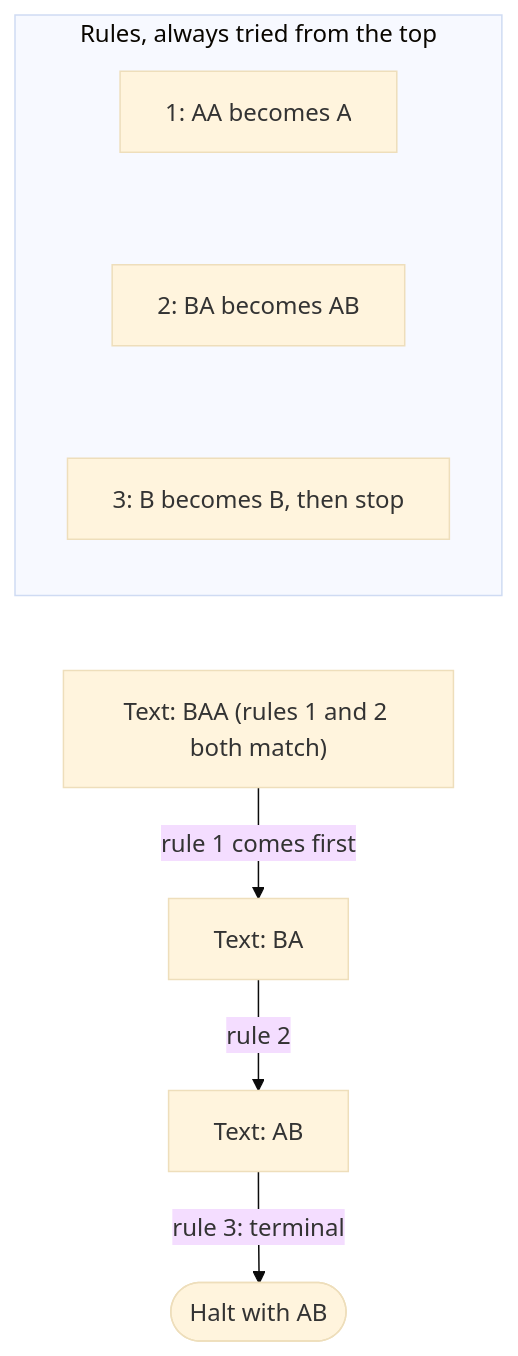
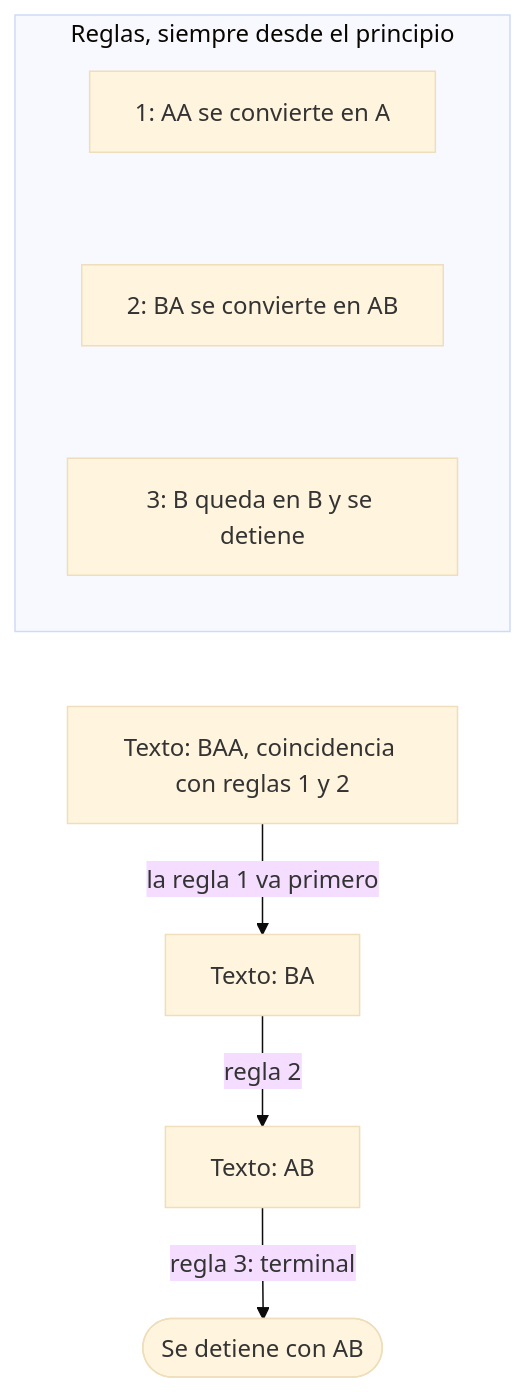
Before and after one commit to dullroar/aprende-a-programar-como-un-bicho-raro: the diagram in lessons/cs-source/concepts/markov-algorithm.md, drawn with Mermaid (base theme). The commit also changed other lines of this file and 51 other files, not shown here.

````diff
--- a/lessons/cs-source/concepts/markov-algorithm.md
+++ b/lessons/cs-source/concepts/markov-algorithm.md
@@ -8,13 +8,13 @@
 ```mermaid
 flowchart TB
-    accTitle: A Markov algorithm applies the first rule that matches, again and again, until a terminal rule or no match
-    accDescr: An ordered rule list is shown above a trace. Rule 1 turns AA into A. Rule 2 turns BA into AB. Rule 3 turns B into B and stops. The text BAA matches both rule 1 and rule 2, but rule 1 comes first, so it wins and the text becomes BA. Now only rule 2 matches, and the text becomes AB. Rules 1 and 2 no longer match, rule 3 matches and is terminal, so the algorithm halts with AB.
-    subgraph RULES["Rules, always tried from the top"]
+    accTitle: Un algoritmo de Markov aplica la primera regla con coincidencia hasta llegar a una regla terminal o quedarse sin coincidencias
+    accDescr: Una lista ordenada de reglas encima de una traza. La regla 1 convierte AA en A. La 2 convierte BA en AB. La 3 convierte B en B y se detiene. El texto BAA tiene coincidencias con las reglas 1 y 2. Gana la regla 1 porque va primero y el texto pasa a ser BA. Ahora solo hay coincidencia con la regla 2 y el texto pasa a ser AB. Ya no hay coincidencia con las reglas 1 y 2. Como hay coincidencia con la regla 3 y es terminal, el algoritmo se detiene con AB.
+    subgraph RULES["Reglas, siempre desde el principio"]
         direction TB
-        R1["1: AA becomes A"] ~~~ R2["2: BA becomes AB"] ~~~ R3["3: B becomes B, then stop"]
+        R1["1: AA se convierte en A"] ~~~ R2["2: BA se convierte en AB"] ~~~ R3["3: B queda en B y se detiene"]
     end
-    S0["Text: BAA (rules 1 and 2 both match)"] -->|"rule 1 comes first"| S1["Text: BA"]
-    S1 -->|"rule 2"| S2["Text: AB"]
-    S2 -->|"rule 3: terminal"| H(["Halt with AB"])
+    S0["Texto: BAA, coincidencia con reglas 1 y 2"] -->|"la regla 1 va primero"| S1["Texto: BA"]
+    S1 -->|"regla 2"| S2["Texto: AB"]
+    S2 -->|"regla 3: terminal"| H(["Se detiene con AB"])
     RULES ~~~ S0
 ```
````
